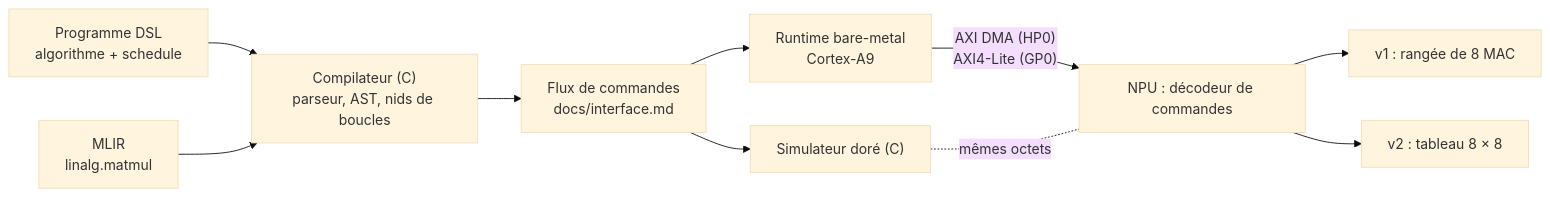
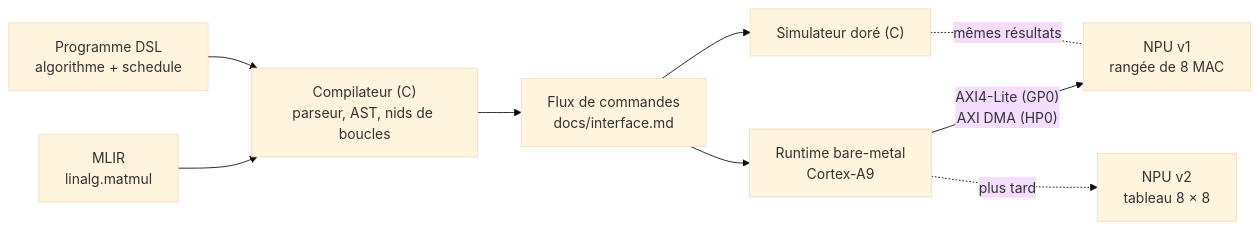
The diagram in README.md (Quentin0l/zynq-npu), drawn with Mermaid (base theme) before and after one commit. The commit also changed other lines of this file, not shown here.

````diff
--- a/README.md
+++ b/README.md
@@ -11,12 +11,11 @@
 ```mermaid
 flowchart LR
     dsl["Programme DSL<br/>algorithme + schedule"] --> comp["Compilateur (C)<br/>parseur, AST, nids de boucles"]
     mlir["MLIR<br/>linalg.matmul"] --> comp
     comp --> cmd["Flux de commandes<br/>docs/interface.md"]
     cmd --> sim["Simulateur doré (C)"]
     cmd --> rt["Runtime bare-metal<br/>Cortex-A9"]
-    rt -- "AXI DMA (HP0)<br/>AXI4-Lite (GP0)" --> dec["NPU : décodeur de commandes"]
-    dec --> v1["v1 : rangée de 8 MAC"]
-    dec --> v2["v2 : tableau 8 × 8"]
-    sim -. "mêmes octets" .- dec
+    rt -- "AXI4-Lite (GP0)<br/>AXI DMA (HP0)" --> v1["NPU v1<br/>rangée de 8 MAC"]
+    rt -. "plus tard" .-> v2["NPU v2<br/>tableau 8 × 8"]
+    sim -. "mêmes résultats" .- v1
 ```
````
